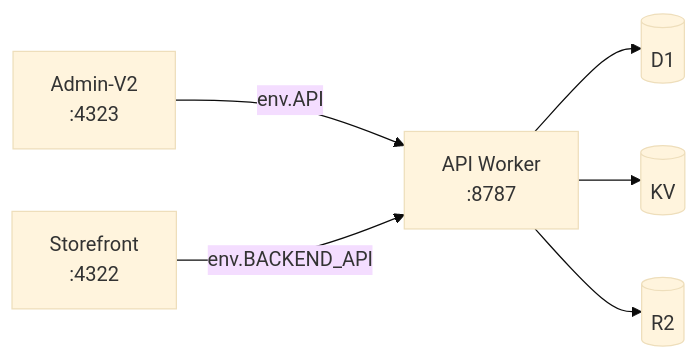
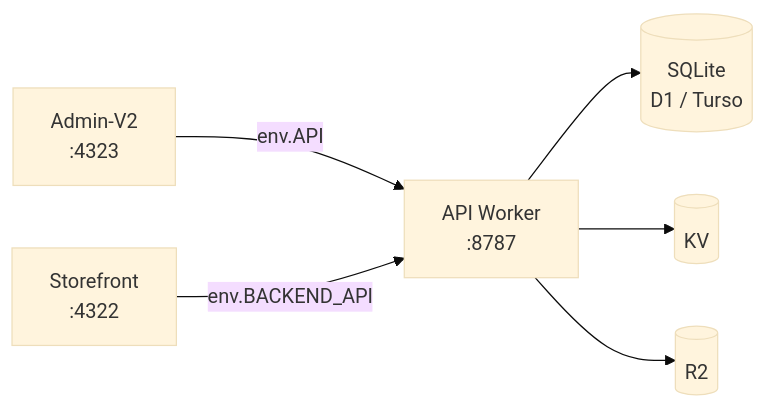
The second of 3 diagrams in README.md (scaliuslabs/scalius-commerce-lite), drawn with Mermaid (base theme) before and after one commit. The commit also changed other lines of this file and 13 other files, not shown here.

````diff
--- a/README.md
+++ b/README.md
@@ -149,8 +149,8 @@
 ```mermaid
 graph LR
     A["Admin-V2<br/>:4323"] -->|env.API| C["API Worker<br/>:8787"]
     B["Storefront<br/>:4322"] -->|env.BACKEND_API| C
-    C --> D[(D1)]
+    C --> D[(SQLite<br/>D1 / Turso)]
     C --> E[(KV)]
     C --> F[(R2)]
 ```
````
